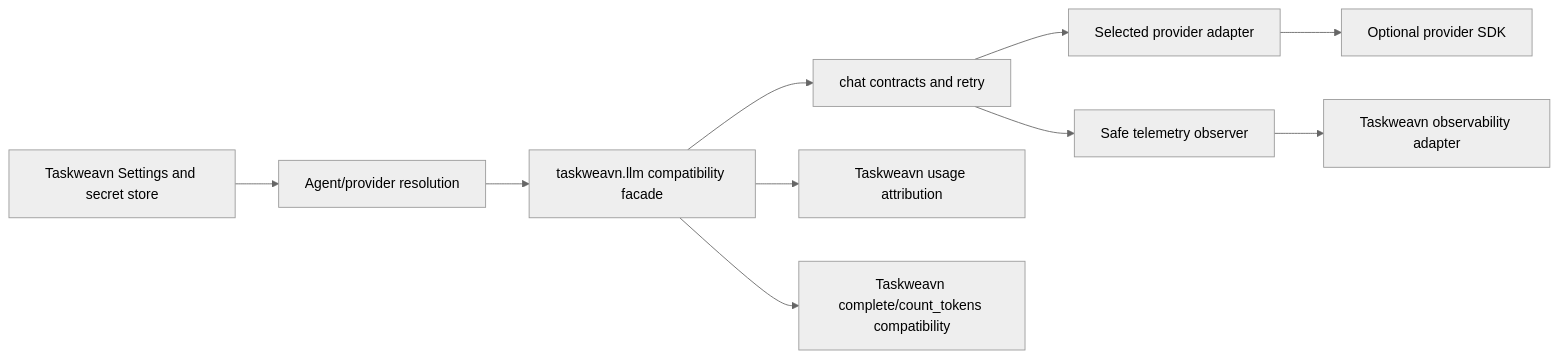
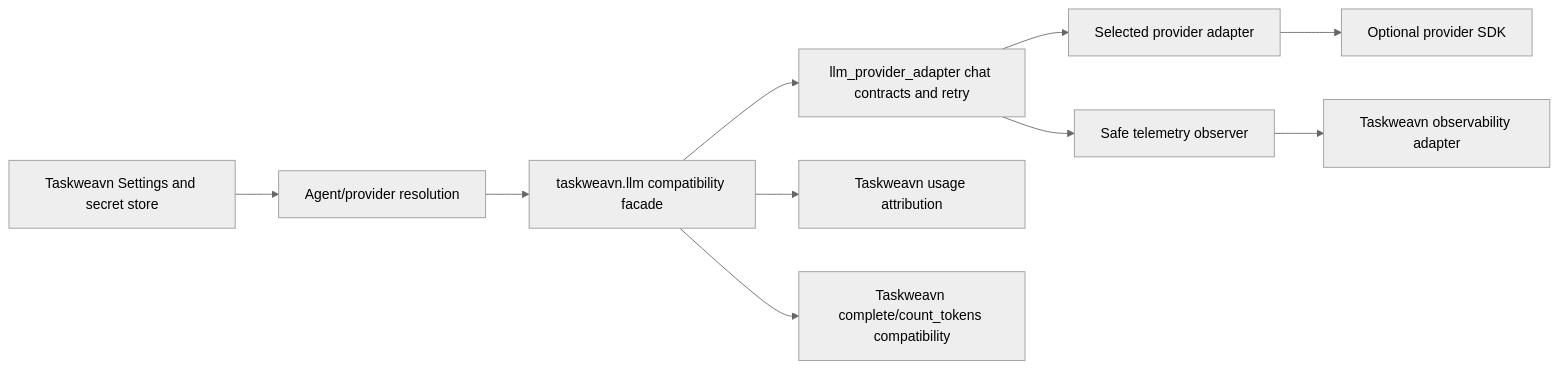
Before and after one commit to zhanghao1903/codeAgent: the diagram in docs/plans/feature/llm-provider-package-technical-design.md, drawn with Mermaid (neutral theme). The commit also changed other lines of this file and 2 other files, not shown here.

Commit message:
docs: confirm LLM package release decisions

````diff
--- a/docs/plans/feature/llm-provider-package-technical-design.md
+++ b/docs/plans/feature/llm-provider-package-technical-design.md
@@ -36,12 +36,12 @@
 ```mermaid
 flowchart LR
     Settings["Taskweavn Settings and secret store"] --> Resolve["Agent/provider resolution"]
     Resolve --> Facade["taskweavn.llm compatibility facade"]
-    Facade --> Core["<import-name> chat contracts and retry"]
+    Facade --> Core["llm_provider_adapter chat contracts and retry"]
     Core --> Provider["Selected provider adapter"]
     Provider --> SDK["Optional provider SDK"]
     Core --> Observer["Safe telemetry observer"]
     Observer --> Logs["Taskweavn observability adapter"]
     Facade --> Usage["Taskweavn usage attribution"]
     Facade --> OpenHands["Taskweavn complete/count_tokens compatibility"]
 ```
````
